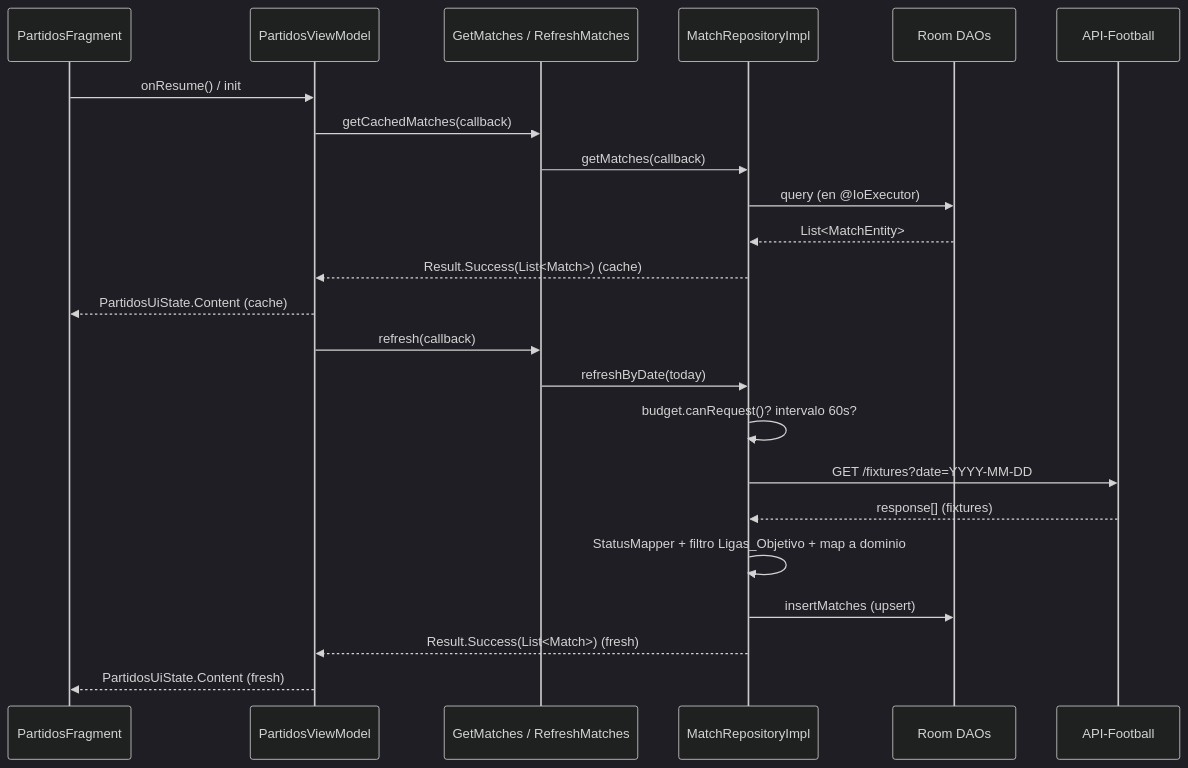
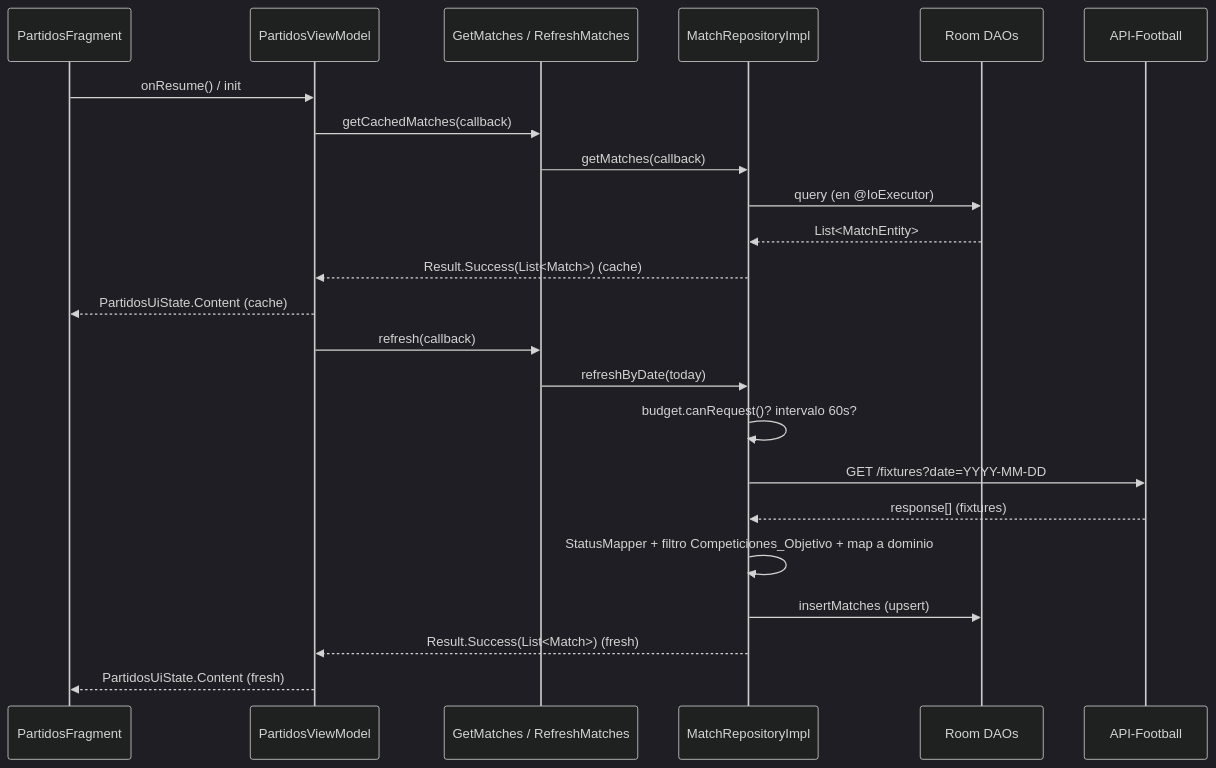
Before and after one commit to diyebure89/GolIA: the second of 3 diagrams in .kiro/specs/matches-live-fixtures/design.md, drawn with Mermaid (dark theme). The commit also changed other lines of this file and 60 other files, not shown here.

````diff
--- a/.kiro/specs/matches-live-fixtures/design.md
+++ b/.kiro/specs/matches-live-fixtures/design.md
@@ -80,26 +80,26 @@
 ```mermaid
 sequenceDiagram
     participant F as PartidosFragment
     participant VM as PartidosViewModel
     participant UC as GetMatches / RefreshMatches
     participant R as MatchRepositoryImpl
     participant DB as Room DAOs
     participant API as API-Football
 
     F->>VM: onResume() / init
     VM->>UC: getCachedMatches(callback)
     UC->>R: getMatches(callback)
     R->>DB: query (en @IoExecutor)
     DB-->>R: List<MatchEntity>
     R-->>VM: Result.Success(List<Match>) (cache)
     VM-->>F: PartidosUiState.Content (cache)
     VM->>UC: refresh(callback)
     UC->>R: refreshByDate(today)
     R->>R: budget.canRequest()? intervalo 60s?
     R->>API: GET /fixtures?date=YYYY-MM-DD
     API-->>R: response[] (fixtures)
-    R->>R: StatusMapper + filtro Ligas_Objetivo + map a dominio
+    R->>R: StatusMapper + filtro Competiciones_Objetivo + map a dominio
     R->>DB: insertMatches (upsert)
     R-->>VM: Result.Success(List<Match>) (fresh)
     VM-->>F: PartidosUiState.Content (fresh)
 ```
````
